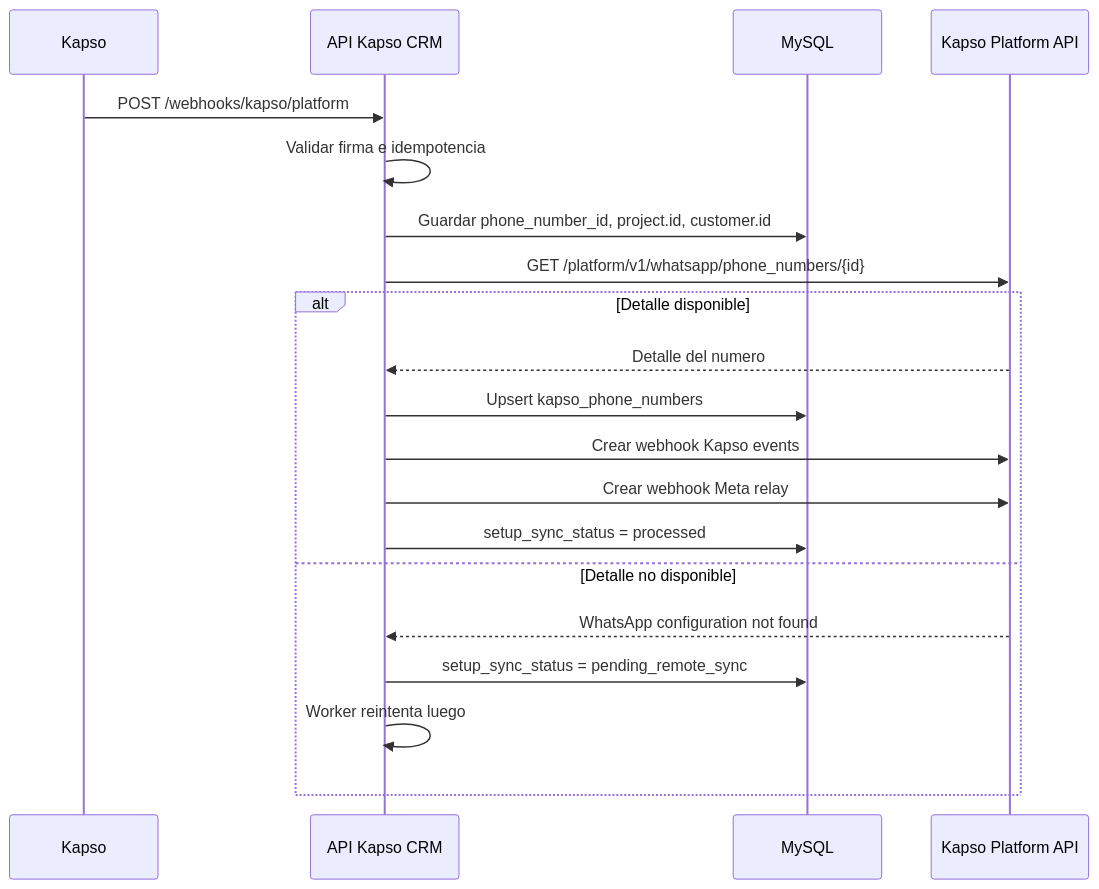
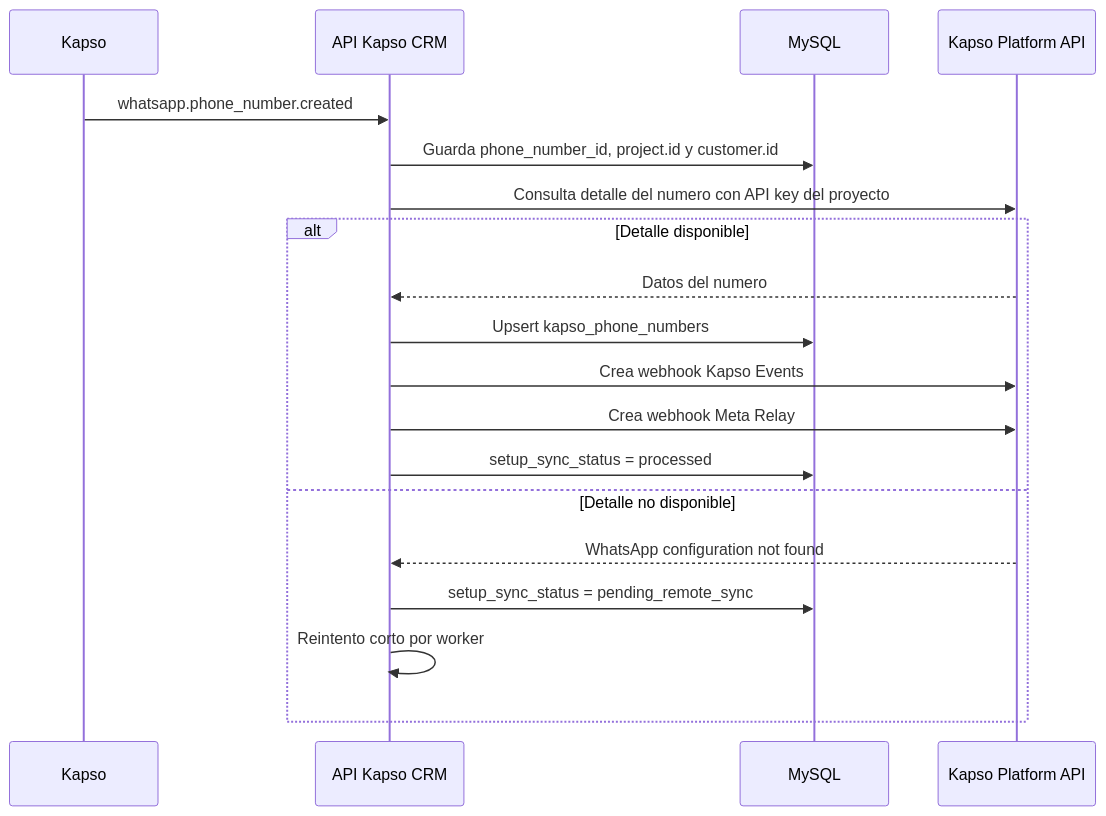
One commit to roccacr/CRM_VENTAS changed the third of 7 diagrams in README.md. Above: the diagram before and after it, drawn with Mermaid. The commit also changed other lines of this file and 15 other files, not shown here.

Commit message:
Update Kapso API documentation and enhance media handling features

````diff
--- a/README.md
+++ b/README.md
@@ -216,23 +243,22 @@
 ```mermaid
 sequenceDiagram
   participant K as Kapso
   participant API as API Kapso CRM
   participant DB as MySQL
   participant KP as Kapso Platform API
 
-  K->>API: POST /webhooks/kapso/platform
-  API->>API: Validar firma e idempotencia
-  API->>DB: Guardar phone_number_id, project.id, customer.id
-  API->>KP: GET /platform/v1/whatsapp/phone_numbers/{id}
+  K->>API: whatsapp.phone_number.created
+  API->>DB: Guarda phone_number_id, project.id y customer.id
+  API->>KP: Consulta detalle del numero con API key del proyecto
   alt Detalle disponible
-    KP-->>API: Detalle del numero
+    KP-->>API: Datos del numero
     API->>DB: Upsert kapso_phone_numbers
-    API->>KP: Crear webhook Kapso events
-    API->>KP: Crear webhook Meta relay
+    API->>KP: Crea webhook Kapso Events
+    API->>KP: Crea webhook Meta Relay
     API->>DB: setup_sync_status = processed
   else Detalle no disponible
     KP-->>API: WhatsApp configuration not found
     API->>DB: setup_sync_status = pending_remote_sync
-    API->>API: Worker reintenta luego
+    API->>API: Reintento corto por worker
   end
 ```
````
